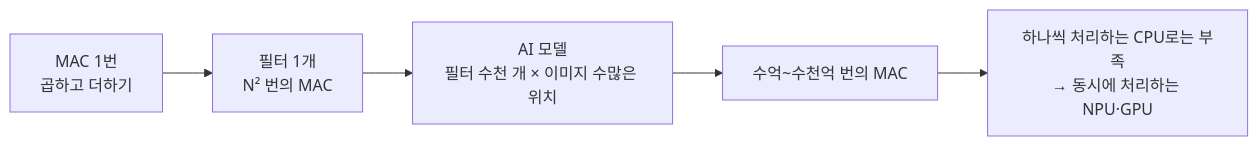
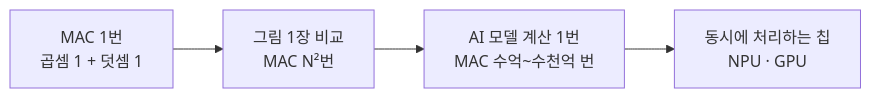
The third of 3 diagrams in README.md (contest-p/What_is_MAC), drawn with Mermaid before and after one commit. The commit also changed other lines of this file, not shown here.

````diff
--- a/README.md
+++ b/README.md
@@ -323,7 +222,6 @@
 ```mermaid
 flowchart LR
-    A["MAC 1번<br/>곱하고 더하기"] --> B["필터 1개<br/>N² 번의 MAC"]
-    B --> C["AI 모델<br/>필터 수천 개 × 이미지 수많은 위치"]
-    C --> D["수억~수천억 번의 MAC"]
-    D --> E["하나씩 처리하는 CPU로는 부족<br/>→ 동시에 처리하는 NPU·GPU"]
+    A["MAC 1번<br/>곱셈 1 + 덧셈 1"] --> B["그림 1장 비교<br/>MAC N²번"]
+    B --> C["AI 모델 계산 1번<br/>MAC 수억~수천억 번"]
+    C --> D["동시에 처리하는 칩<br/>NPU · GPU"]
 ```
````
